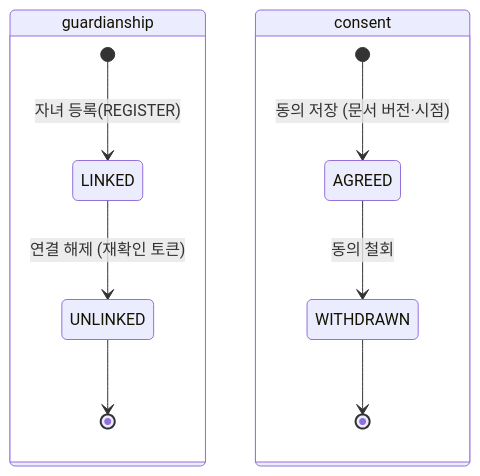
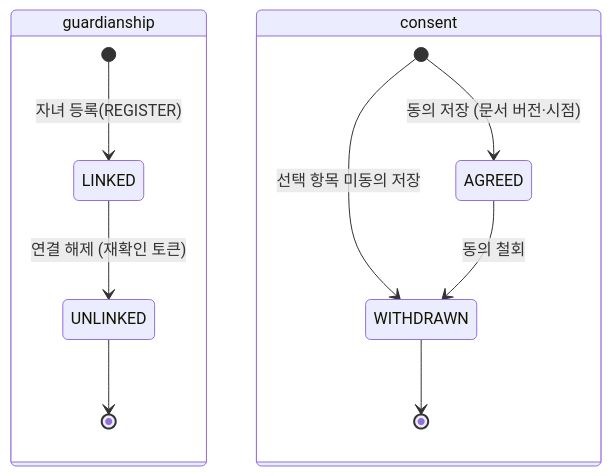
The third of 17 diagrams in docs/design/state-diagram.md (SKNETWORKS-FAMILY-AICAMP/SKN34-FINAL-3TEAM), drawn with Mermaid before and after one commit. The commit also changed other lines of this file and 8 other files, not shown here.

````diff
--- a/docs/design/state-diagram.md
+++ b/docs/design/state-diagram.md
@@ -77,13 +77,14 @@
 ```mermaid
 stateDiagram-v2
   state guardianship {
     [*] --> LINKED: 자녀 등록(REGISTER)
     LINKED --> UNLINKED: 연결 해제 (재확인 토큰)
     UNLINKED --> [*]
   }
   state consent {
     [*] --> AGREED: 동의 저장 (문서 버전·시점)
+    [*] --> WITHDRAWN: 선택 항목 미동의 저장
     AGREED --> WITHDRAWN: 동의 철회
     WITHDRAWN --> [*]
   }
 ```
````
